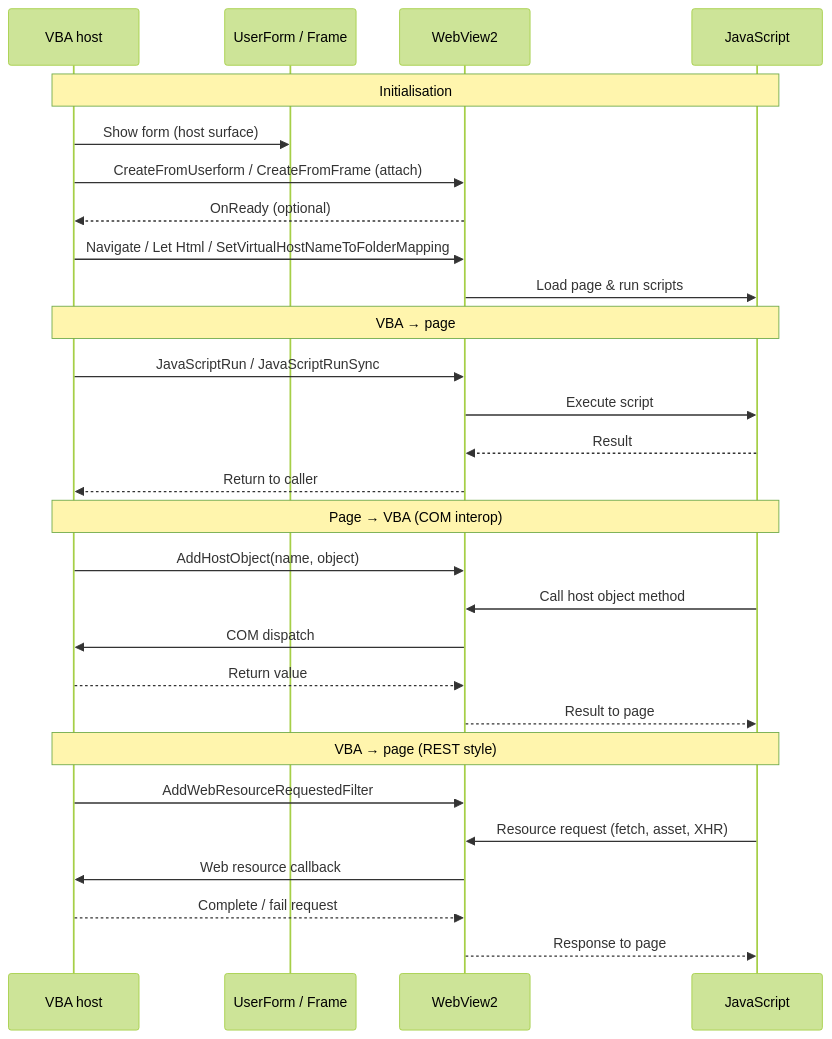
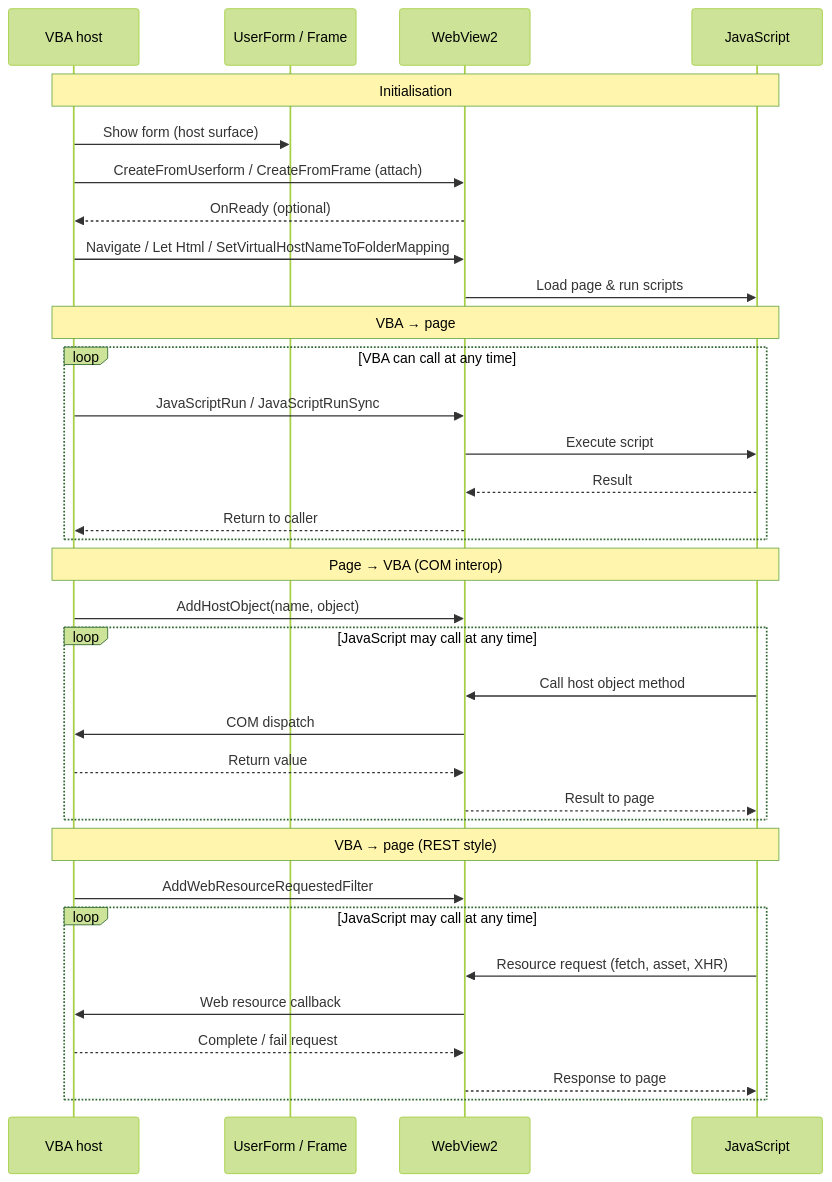
Before and after one commit to sancarn/vba-webviews-paper: the diagram in ARTICLE.MD, drawn with Mermaid (forest theme). The commit also changed other lines of this file, not shown here.

````diff
--- a/ARTICLE.MD
+++ b/ARTICLE.MD
@@ -37,34 +37,40 @@
 ```mermaid
 sequenceDiagram
     participant VBA as VBA host
     participant UF as UserForm / Frame
     participant WV as WebView2
     participant JS as JavaScript
 
     Note over VBA,JS: Initialisation
     VBA->>UF: Show form (host surface)
     VBA->>WV: CreateFromUserform / CreateFromFrame (attach)
     WV-->>VBA: OnReady (optional)
     VBA->>WV: Navigate / Let Html / SetVirtualHostNameToFolderMapping
     WV->>JS: Load page & run scripts
 
     Note over VBA,JS: VBA → page
-    VBA->>WV: JavaScriptRun / JavaScriptRunSync
-    WV->>JS: Execute script
-    JS-->>WV: Result
-    WV-->>VBA: Return to caller
+    loop VBA can call at any time
+        VBA->>WV: JavaScriptRun / JavaScriptRunSync
+        WV->>JS: Execute script
+        JS-->>WV: Result
+        WV-->>VBA: Return to caller
+    end
 
     Note over VBA,JS: Page → VBA (COM interop)
     VBA->>WV: AddHostObject(name, object)
-    JS->>WV: Call host object method
-    WV->>VBA: COM dispatch
-    VBA-->>WV: Return value
-    WV-->>JS: Result to page
+    loop JavaScript may call at any time
+        JS->>WV: Call host object method
+        WV->>VBA: COM dispatch
+        VBA-->>WV: Return value
+        WV-->>JS: Result to page
+    end
 
     Note over VBA,JS: VBA → page (REST style)
     VBA->>WV: AddWebResourceRequestedFilter
-    JS->>WV: Resource request (fetch, asset, XHR)
-    WV->>VBA: Web resource callback
-    VBA-->>WV: Complete / fail request
-    WV-->>JS: Response to page
+    loop JavaScript may call at any time
+        JS->>WV: Resource request (fetch, asset, XHR)
+        WV->>VBA: Web resource callback
+        VBA-->>WV: Complete / fail request
+        WV-->>JS: Response to page
+    end
 ```
````
